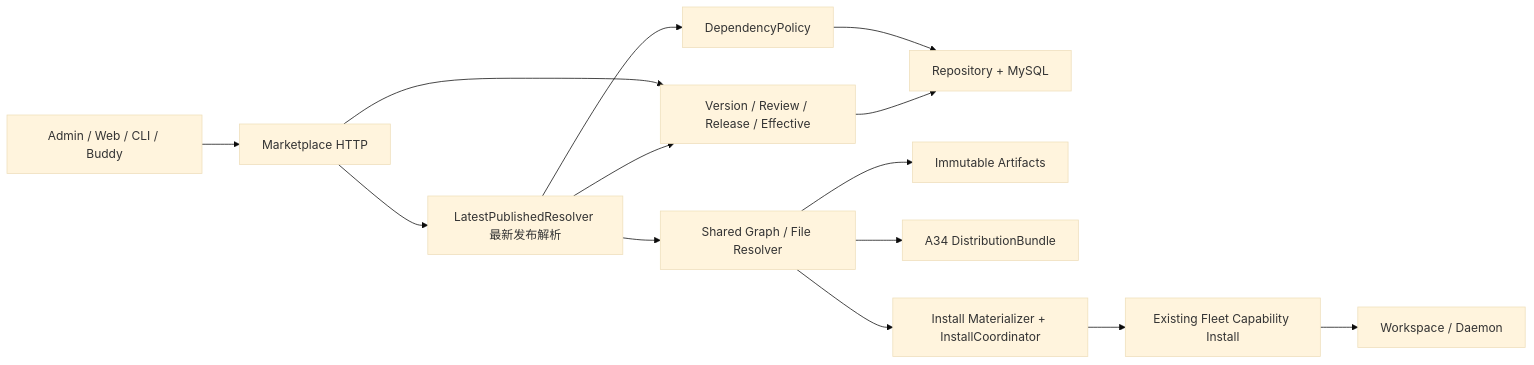
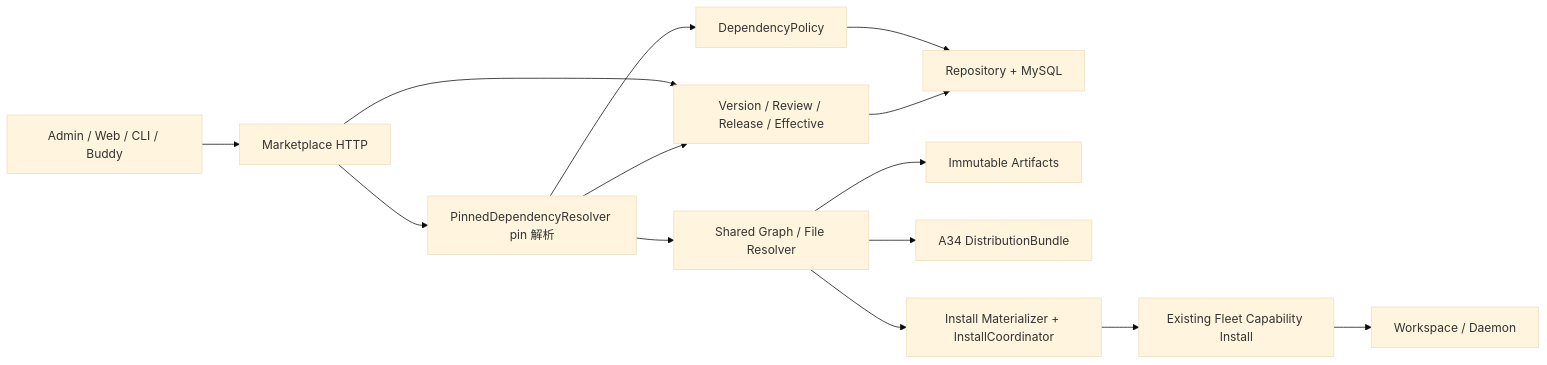
The diagram in docs/marketplace-v2/01-technical-design.md (wanyiwang06/octo-marketplace), drawn with Mermaid (base theme) before and after one commit. The commit also changed other lines of this file and 16 other files, not shown here.

````diff
--- a/docs/marketplace-v2/01-technical-design.md
+++ b/docs/marketplace-v2/01-technical-design.md
@@ -32,16 +34,16 @@
 ```mermaid
 flowchart LR
     A[Admin / Web / CLI / Buddy] --> M[Marketplace HTTP]
-    M --> P[LatestPublishedResolver 最新发布解析]
+    M --> P[PinnedDependencyResolver pin 解析]
     M --> V[Version / Review / Release / Effective]
     P --> D[DependencyPolicy]
     P --> V
     D --> R[Repository + MySQL]
     V --> R
     P --> C[Shared Graph / File Resolver]
     C --> O[Immutable Artifacts]
     C --> B[A34 DistributionBundle]
     C --> I[Install Materializer + InstallCoordinator]
     I --> F[Existing Fleet Capability Install]
     F --> W[Workspace / Daemon]
 ```
````
